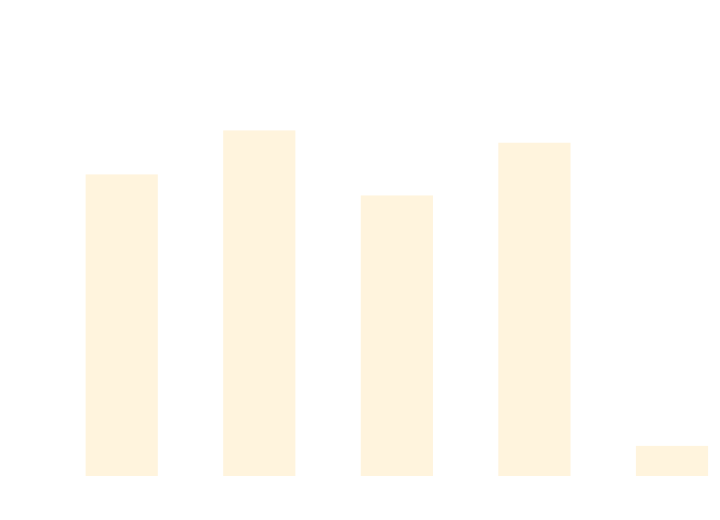
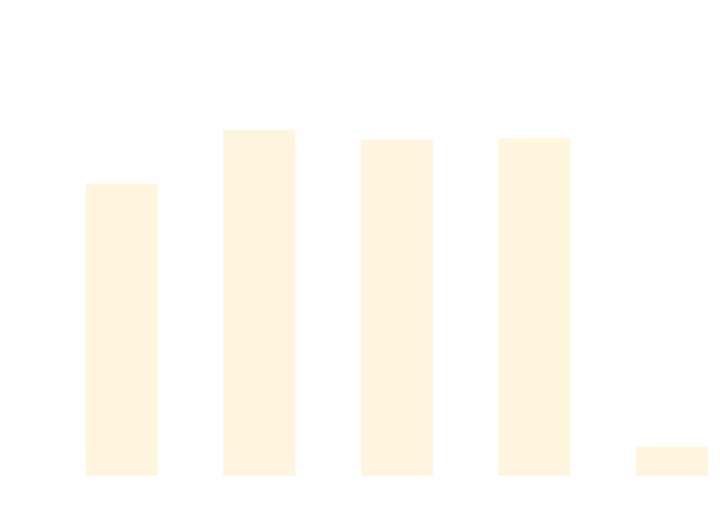
The diagram in docs/docs/benchmarks/ScaleTests.md (thomhurst/TUnit), drawn with Mermaid before and after one commit. The commit also changed other lines of this file and 17 other files, not shown here.

````diff
--- a/docs/docs/benchmarks/ScaleTests.md
+++ b/docs/docs/benchmarks/ScaleTests.md
@@ -27,37 +27,37 @@
 ```mermaid
 %%{init: {
   'theme':'base',
   'themeVariables': {
     'primaryColor': '#2563eb',
     'primaryTextColor': '#ffffff',
     'primaryBorderColor': '#1e40af',
     'lineColor': '#6b7280',
     'secondaryColor': '#7c3aed',
     'tertiaryColor': '#dc2626',
     'background': '#ffffff',
     'mainBkg': '#2563eb',
     'secondBkg': '#7c3aed',
     'tertiaryBkg': '#dc2626',
     'clusterBkg': '#f3f4f6',
     'edgeLabelBackground': '#ffffff',
     'tertiaryTextColor': '#1f2937',
     'pie1': '#2563eb',
     'pie2': '#7c3aed',
     'pie3': '#dc2626',
     'pie4': '#f59e0b',
     'pie5': '#10b981',
     'pie6': '#06b6d4',
     'pie7': '#ec4899',
     'pie8': '#6366f1',
     'pie9': '#84cc16',
     'pie10': '#f97316',
     'pie11': '#14b8a6',
     'pie12': '#a855f7'
   }
 }}%%
 xychart-beta
   title "ScaleTests Performance Comparison"
   x-axis ["TUnit", "NUnit", "MSTest", "xUnit3", "TUnit_AOT"]
-  y-axis "Time (ms)" 0 --> 711
-  bar [514.53, 591.78, 477.61, 570.16, 37.96]
+  y-axis "Time (ms)" 0 --> 741
+  bar [519.31, 617.49, 600.4, 602.4, 38.14]
 ```
````
